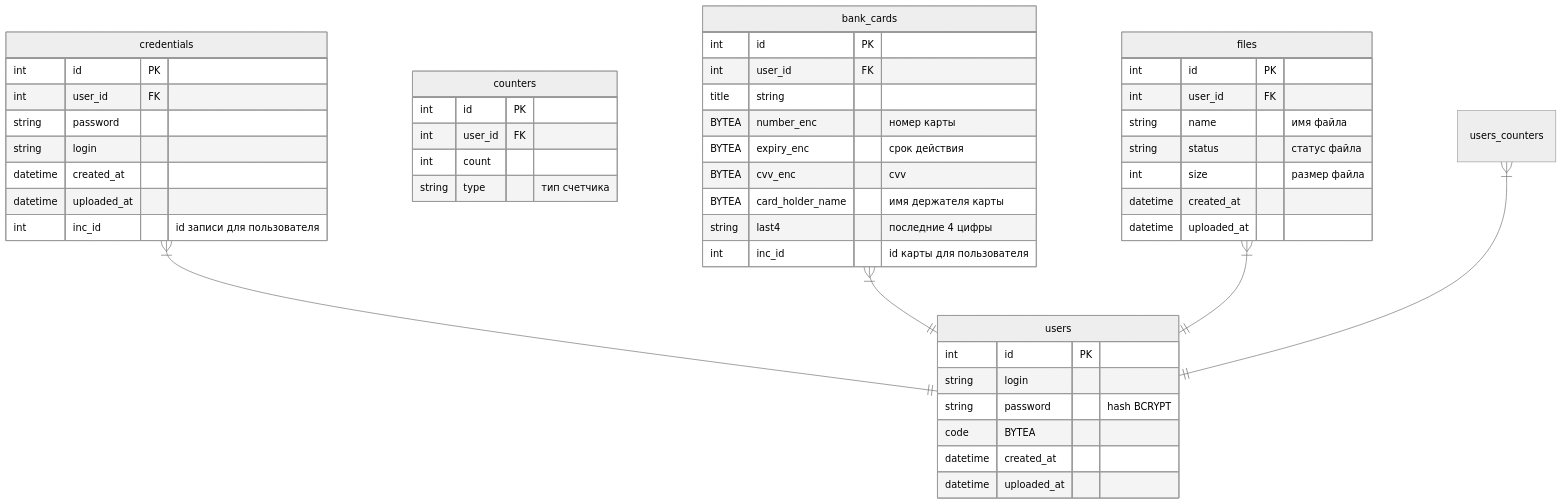
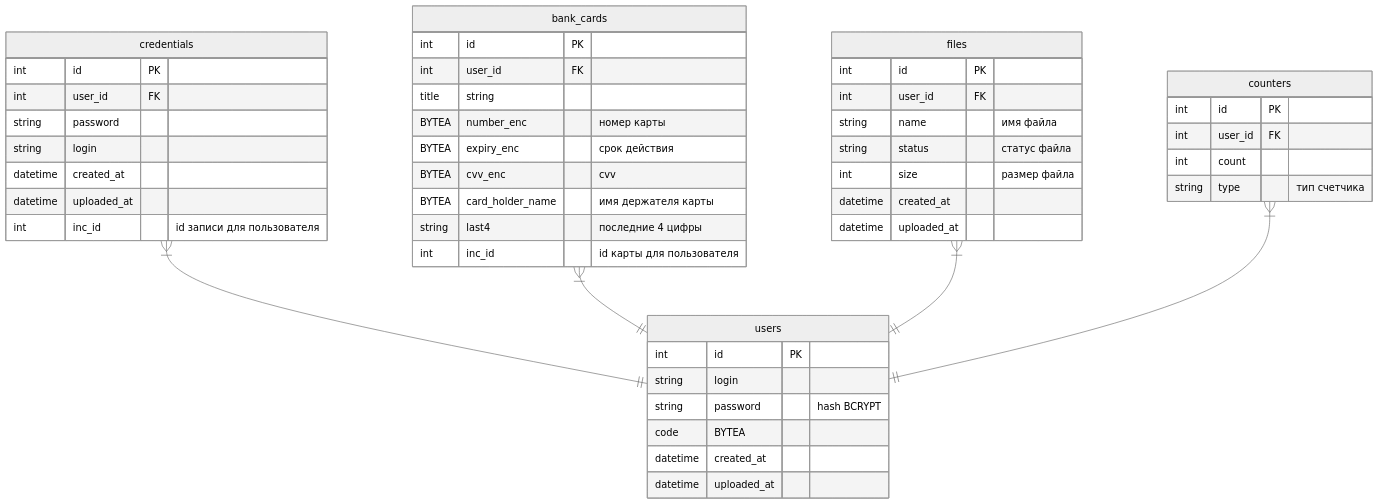
One commit to xboxser/GophKeeper changed the diagram in doc/db.md. Above: the diagram before and after it, drawn with Mermaid.

````diff
--- a/doc/db.md
+++ b/doc/db.md
@@ -3,56 +3,56 @@
 ```mermaid
 ---
 config:
   theme: neutral
 ---
 erDiagram
 	direction TB
 	credentials {
 		int id PK ""  
         int user_id FK ""  
 		string password  ""  
         string login  ""  
 		datetime created_at  ""  
 		datetime uploaded_at  ""
         int inc_id    "id записи для пользователя"  
 	}
 	users {
 		int id PK ""  
 		string login  ""  
 		string password  "hash BCRYPT"  
         code BYTEA  ""  
 		datetime created_at  ""  
 		datetime uploaded_at  ""  
 	}
     counters {
 		int id PK ""  
         int user_id FK ""  
         int count ""
         string type  "тип счетчика" 
 	}
     bank_cards {
         int id PK ""  
         int user_id FK ""  
         title string  ""
         BYTEA number_enc   "номер карты"  
         BYTEA expiry_enc  "срок действия"
         BYTEA cvv_enc  "cvv"
         BYTEA card_holder_name   "имя держателя карты"
         string last4   "последние 4 цифры"
         int inc_id    "id карты для пользователя"
     }
     files {
         int id PK ""
         int user_id FK ""
         string name "имя файла"
         string status "статус файла"
         int size "размер файла"
         datetime created_at  ""  
 		datetime uploaded_at  ""  
     }
 	credentials}|--||users:"  "
     bank_cards}|--||users:"  "
     files}|--||users:"  "
-    users_counters}|--||users:"  "
+    counters}|--||users:"  "
 
 ```
````
